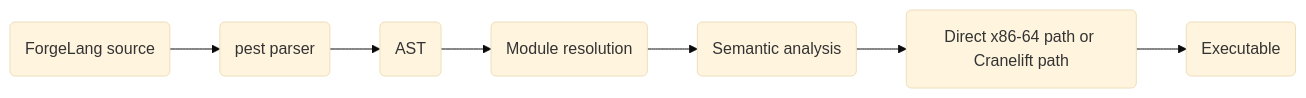
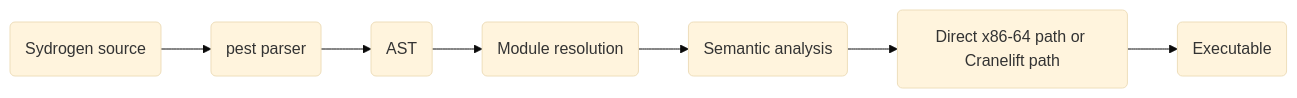
One commit to AeroForger/ForgeLang changed the second of 2 diagrams in README.md. Above: the diagram before and after it, drawn with Mermaid (base theme). The commit also changed other lines of this file and 52 other files, not shown here.

Commit message:
Renamed: ForgeLang to Sydrogen

````diff
--- a/README.md
+++ b/README.md
@@ -288,9 +288,9 @@
 ```mermaid
 flowchart LR
-    A(ForgeLang source) --> B(pest parser)
+    A(Sydrogen source) --> B(pest parser)
     B --> C(AST)
     C --> D(Module resolution)
     D --> E(Semantic analysis)
     E --> F(Direct x86-64 path or Cranelift path)
     F --> G(Executable)
 ```
````
